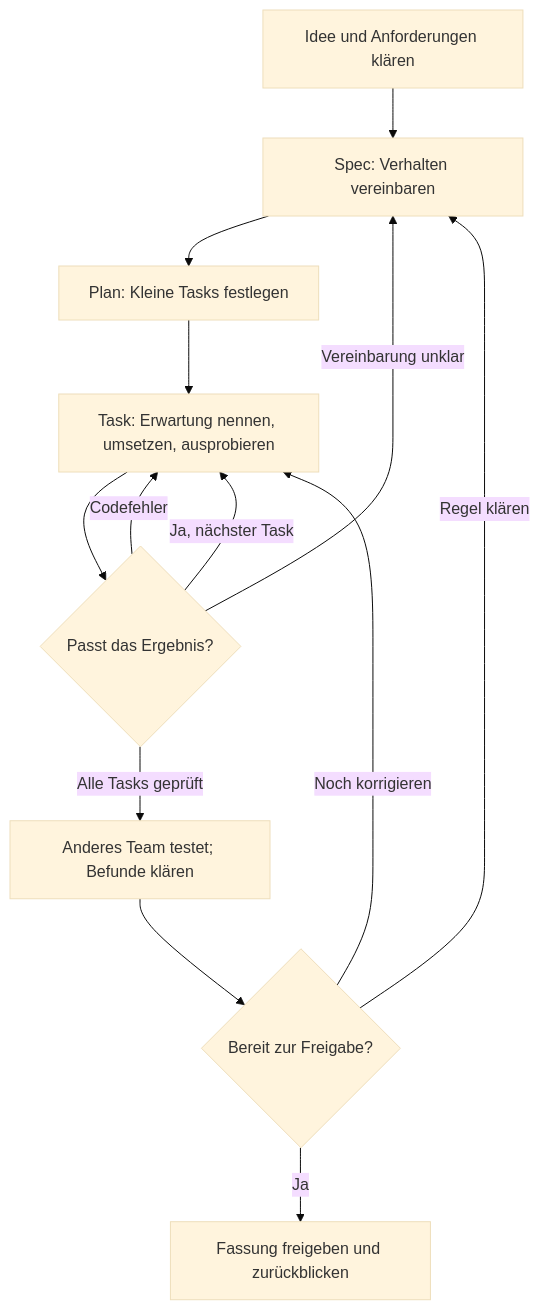
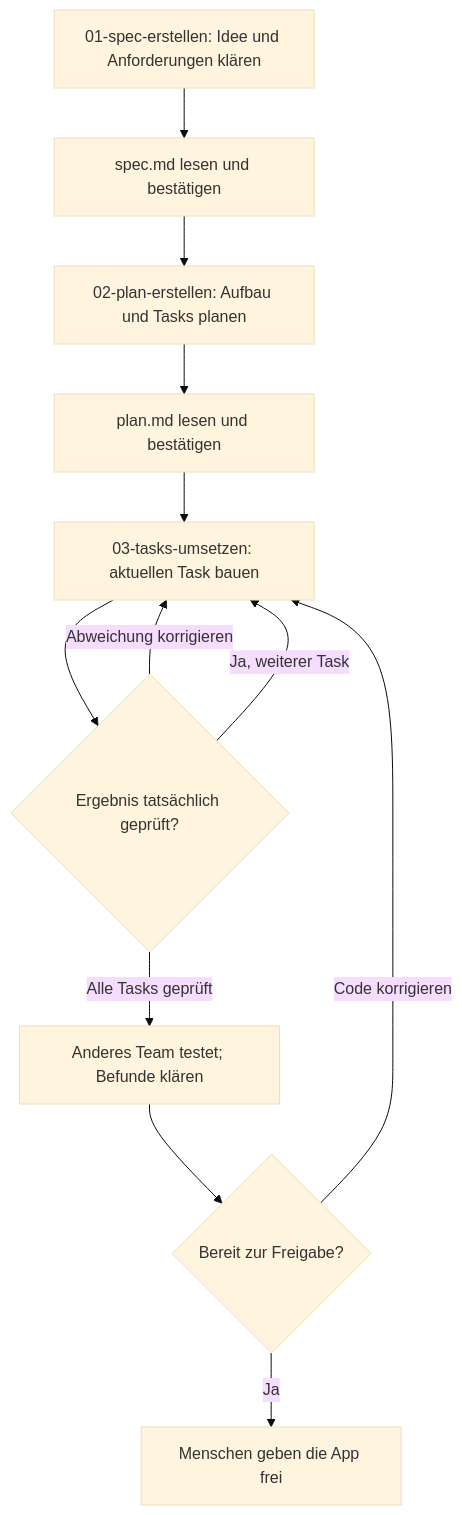
The diagram in SDD_Schule/schuelerarbeitsblatt.md (iludis52/LFobi), drawn with Mermaid (base theme) before and after one commit. The commit also changed other lines of this file and 23 other files, not shown here.

````diff
--- a/SDD_Schule/schuelerarbeitsblatt.md
+++ b/SDD_Schule/schuelerarbeitsblatt.md
@@ -16,15 +14,14 @@
 ```mermaid
 flowchart TD
-  A["Idee und Anforderungen klären"] --> B["Spec: Verhalten vereinbaren"]
-  B --> C["Plan: Kleine Tasks festlegen"]
-  C --> D["Task: Erwartung nennen, umsetzen, ausprobieren"]
-  D --> E{"Passt das Ergebnis?"}
-  E -- "Codefehler" --> D
-  E -- "Vereinbarung unklar" --> B
-  E -- "Ja, nächster Task" --> D
-  E -- "Alle Tasks geprüft" --> F["Anderes Team testet; Befunde klären"]
-  F --> G{"Bereit zur Freigabe?"}
-  G -- "Noch korrigieren" --> D
-  G -- "Regel klären" --> B
-  G -- "Ja" --> H["Fassung freigeben und zurückblicken"]
+  S["01-spec-erstellen: Idee und Anforderungen klären"] --> V["spec.md lesen und bestätigen"]
+  V --> P["02-plan-erstellen: Aufbau und Tasks planen"]
+  P --> B["plan.md lesen und bestätigen"]
+  B --> T["03-tasks-umsetzen: aktuellen Task bauen"]
+  T --> Q{"Ergebnis tatsächlich geprüft?"}
+  Q -- "Abweichung korrigieren" --> T
+  Q -- "Ja, weiterer Task" --> T
+  Q -- "Alle Tasks geprüft" --> U["Anderes Team testet; Befunde klären"]
+  U --> F{"Bereit zur Freigabe?"}
+  F -- "Code korrigieren" --> T
+  F -- "Ja" --> R["Menschen geben die App frei"]
 ```
````
